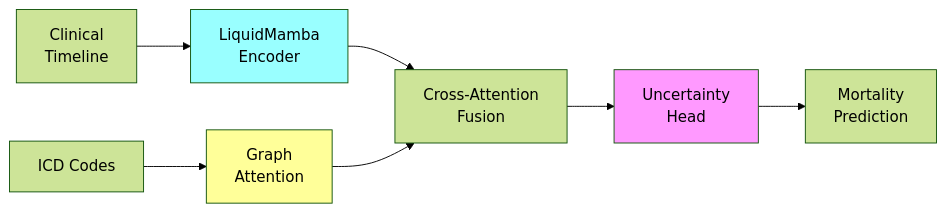
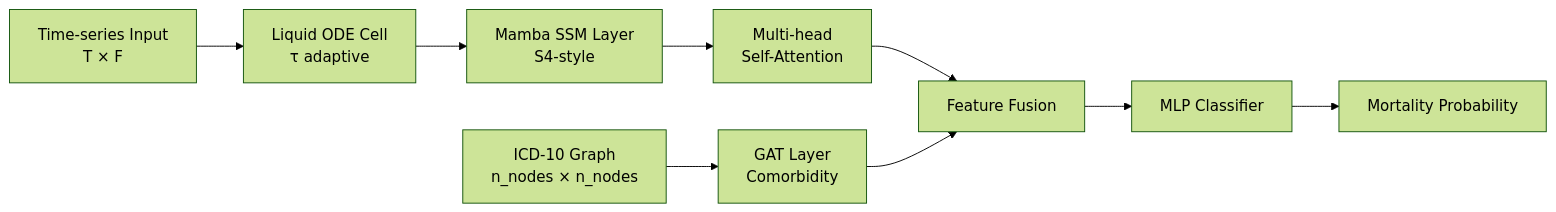
The second of 2 diagrams in README.md (Kesavadatta2410/XAI_ICU), drawn with Mermaid (forest theme) before and after one commit. The commit also changed other lines of this file and 9 other files, not shown here.

````diff
--- a/README.md
+++ b/README.md
@@ -122,15 +118,11 @@
 ```mermaid
 graph LR
-    A[Clinical\nTimeline] --> B[LiquidMamba\nEncoder]
-    C[ICD Codes] --> D[Graph\nAttention]
-    
-    B --> E[Cross-Attention\nFusion]
-    D --> E
-    
-    E --> F[Uncertainty\nHead]
-    F --> G[Mortality\nPrediction]
-    
-    style B fill:#9ff
-    style D fill:#ff9
-    style F fill:#f9f
+    A[Time-series Input\nT × F] --> B[Liquid ODE Cell\nτ adaptive]
+    B --> C[Mamba SSM Layer\nS4-style]
+    C --> D[Multi-head\nSelf-Attention]
+    E[ICD-10 Graph\nn_nodes × n_nodes] --> F[GAT Layer\nComorbidity]
+    D --> G[Feature Fusion]
+    F --> G
+    G --> H[MLP Classifier]
+    H --> I[Mortality Probability]
 ```
````
